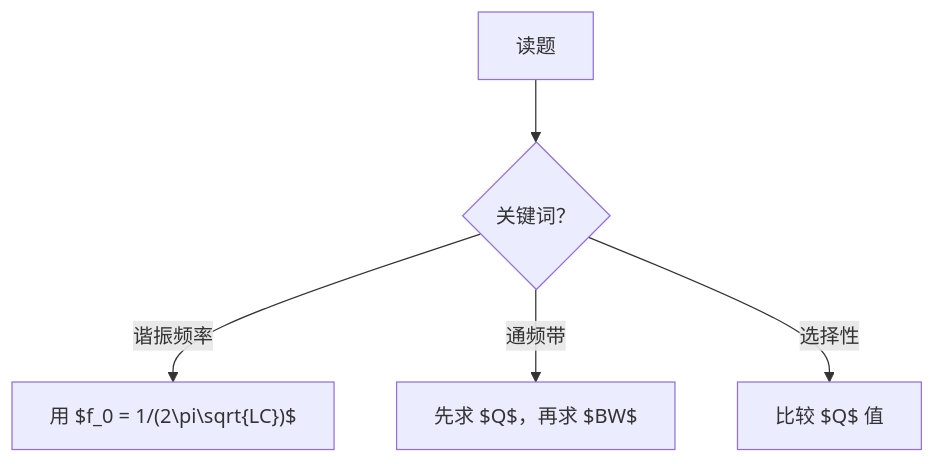
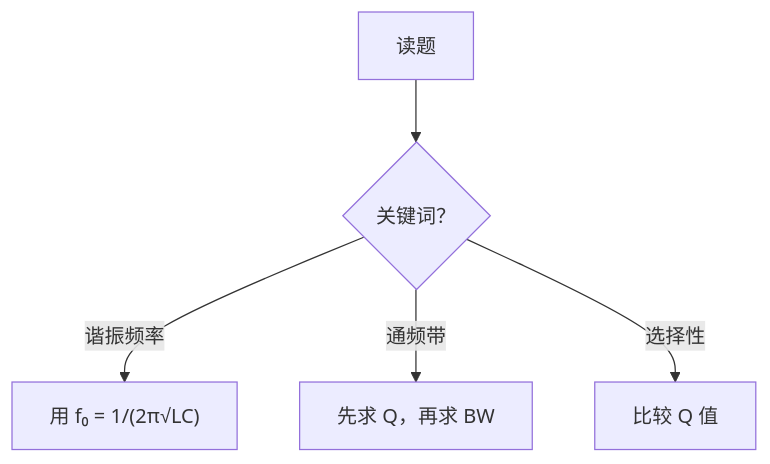
The third of 3 diagrams in README.md (meyumei/study-weaver), drawn with Mermaid before and after one commit. The commit also changed other lines of this file, not shown here.

Commit message:
fix: platform-specific install instructions and remove LaTeX from Mermaid for GitHub compatibility

````diff
--- a/README.md
+++ b/README.md
@@ -264,7 +273,7 @@
 ```mermaid
 flowchart TD
     Read["读题"] --> Keyword{"关键词？"}
-    Keyword -->|"谐振频率"| F0["用 $f_0 = 1/(2\pi\sqrt{LC})$"]
-    Keyword -->|"通频带"| BW["先求 $Q$，再求 $BW$"]
-    Keyword -->|"选择性"| Sel["比较 $Q$ 值"]
+    Keyword -->|"谐振频率"| F0["用 f₀ = 1/(2π√LC)"]
+    Keyword -->|"通频带"| BW["先求 Q，再求 BW"]
+    Keyword -->|"选择性"| Sel["比较 Q 值"]
 ```
````
